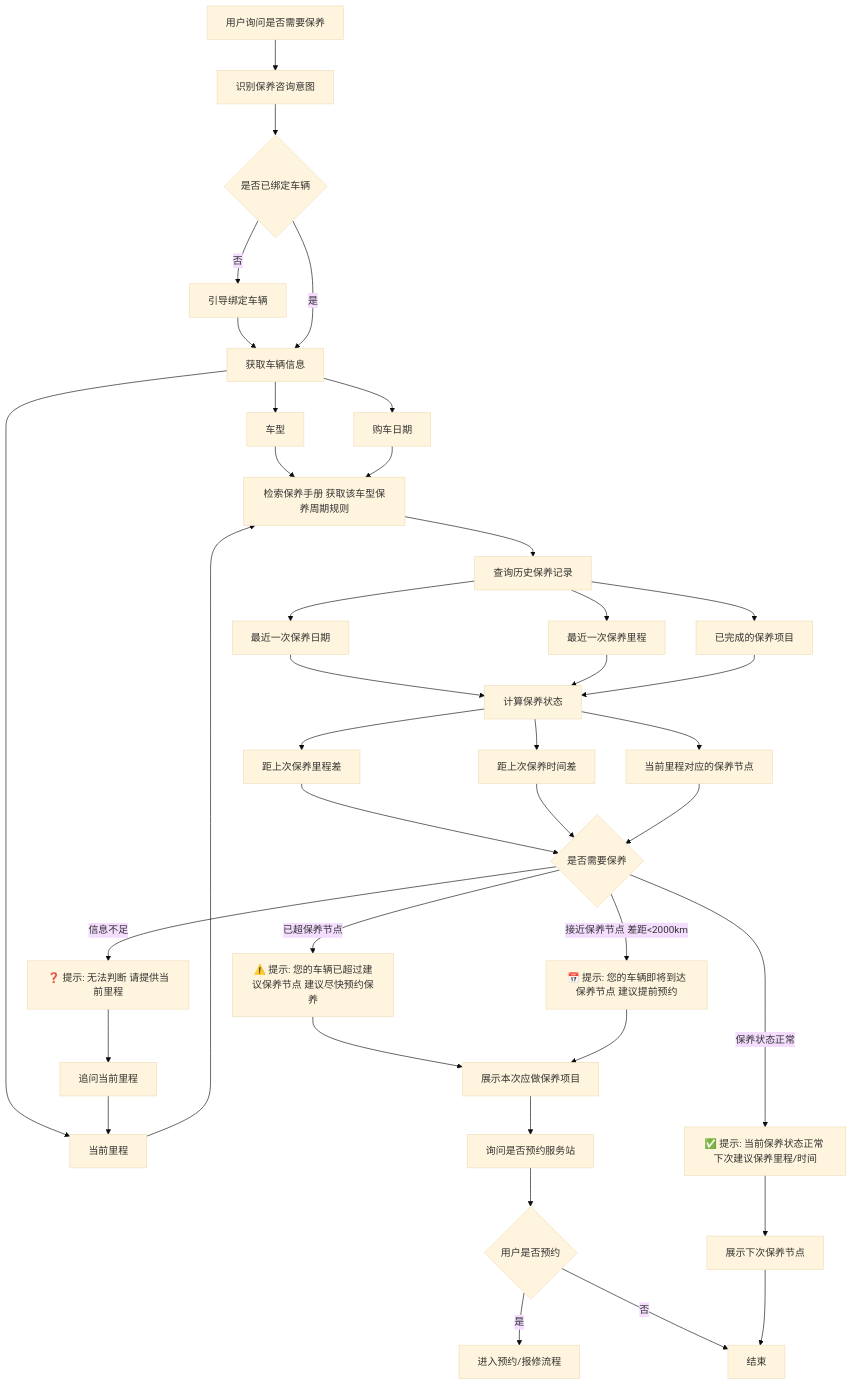
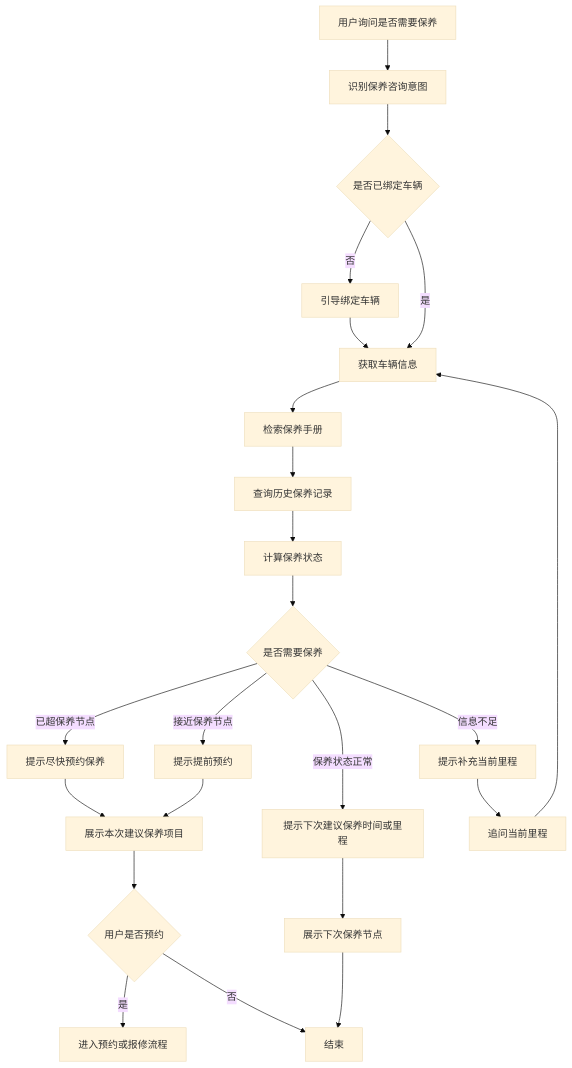
The diagram in flows/03_业务流程/07_保养判断流程.md (evanwusibin/auto-carcrm), drawn with Mermaid (base theme) before and after one commit. The commit also changed other lines of this file and 229 other files, not shown here.

````diff
--- a/flows/03_业务流程/07_保养判断流程.md
+++ b/flows/03_业务流程/07_保养判断流程.md
@@ -9,50 +9,29 @@
 ```mermaid
 flowchart TD
     A[用户询问是否需要保养] --> B[识别保养咨询意图]
     B --> C{是否已绑定车辆}
     C -- 否 --> D[引导绑定车辆]
     D --> E[获取车辆信息]
     C -- 是 --> E
 
-    E --> E1[车型]
-    E --> E2[当前里程]
-    E --> E3[购车日期]
+    E --> F[检索保养手册]
+    F --> G[查询历史保养记录]
+    G --> H[计算保养状态]
+    H --> I{是否需要保养}
 
-    E1 --> F[检索保养手册 获取该车型保养周期规则]
-    E2 --> F
-    E3 --> F
+    I -- 已超保养节点 --> J1[提示尽快预约保养]
+    I -- 接近保养节点 --> J2[提示提前预约]
+    I -- 保养状态正常 --> J3[提示下次建议保养时间或里程]
+    I -- 信息不足 --> J4[提示补充当前里程]
 
-    F --> G[查询历史保养记录]
-    G --> G1[最近一次保养日期]
-    G --> G2[最近一次保养里程]
-    G --> G3[已完成的保养项目]
-
-    G1 --> H[计算保养状态]
-    G2 --> H
-    G3 --> H
-
-    H --> H1[距上次保养里程差]
-    H --> H2[距上次保养时间差]
-    H --> H3[当前里程对应的保养节点]
-
-    H1 --> I{是否需要保养}
-    H2 --> I
-    H3 --> I
-
-    I -- 已超保养节点 --> J1[⚠️ 提示: 您的车辆已超过建议保养节点 建议尽快预约保养]
-    I -- 接近保养节点 差距<2000km --> J2[📅 提示: 您的车辆即将到达保养节点 建议提前预约]
-    I -- 保养状态正常 --> J3[✅ 提示: 当前保养状态正常 下次建议保养里程/时间]
-    I -- 信息不足 --> J4[❓ 提示: 无法判断 请提供当前里程]
-
-    J1 --> K[展示本次应做保养项目]
+    J1 --> K[展示本次建议保养项目]
     J2 --> K
     J3 --> L[展示下次保养节点]
     J4 --> M[追问当前里程]
-    M --> E2
+    M --> E
 
-    K --> N[询问是否预约服务站]
-    N --> O{用户是否预约}
-    O -- 是 --> P[进入预约/报修流程]
-    O -- 否 --> Q[结束]
-    L --> Q
+    K --> N{用户是否预约}
+    N -- 是 --> O[进入预约或报修流程]
+    N -- 否 --> P[结束]
+    L --> P
 ```
````
